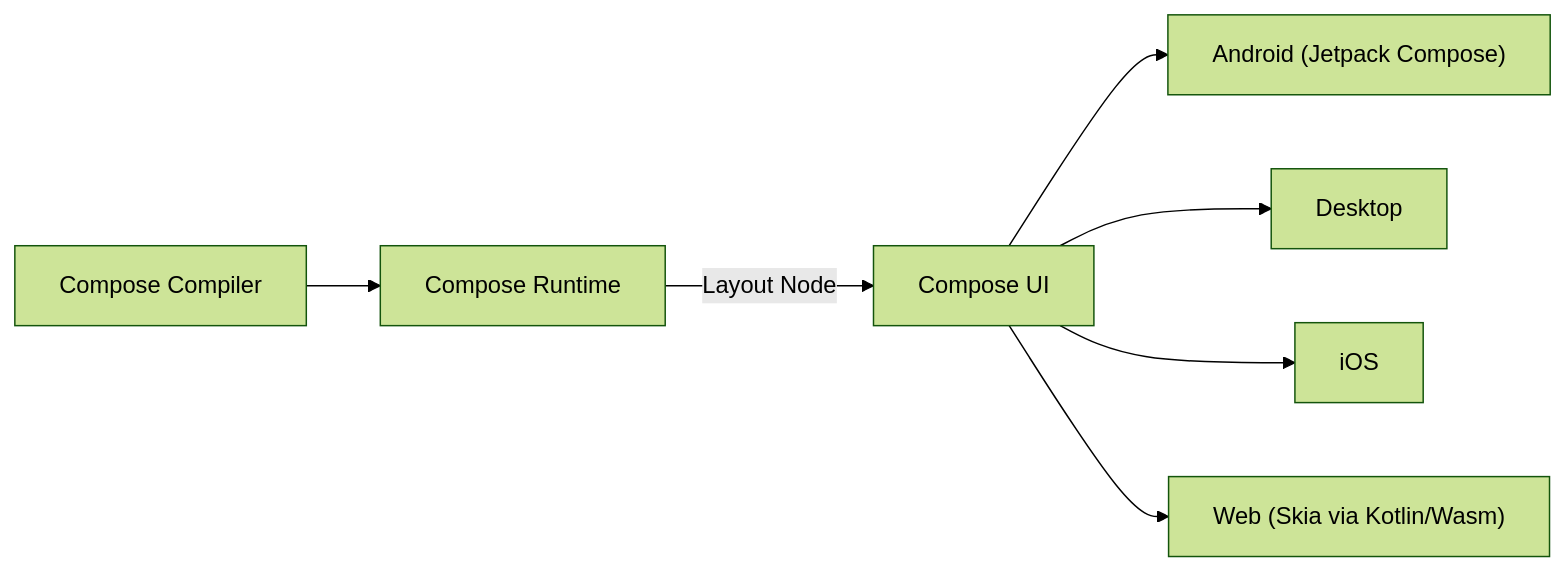
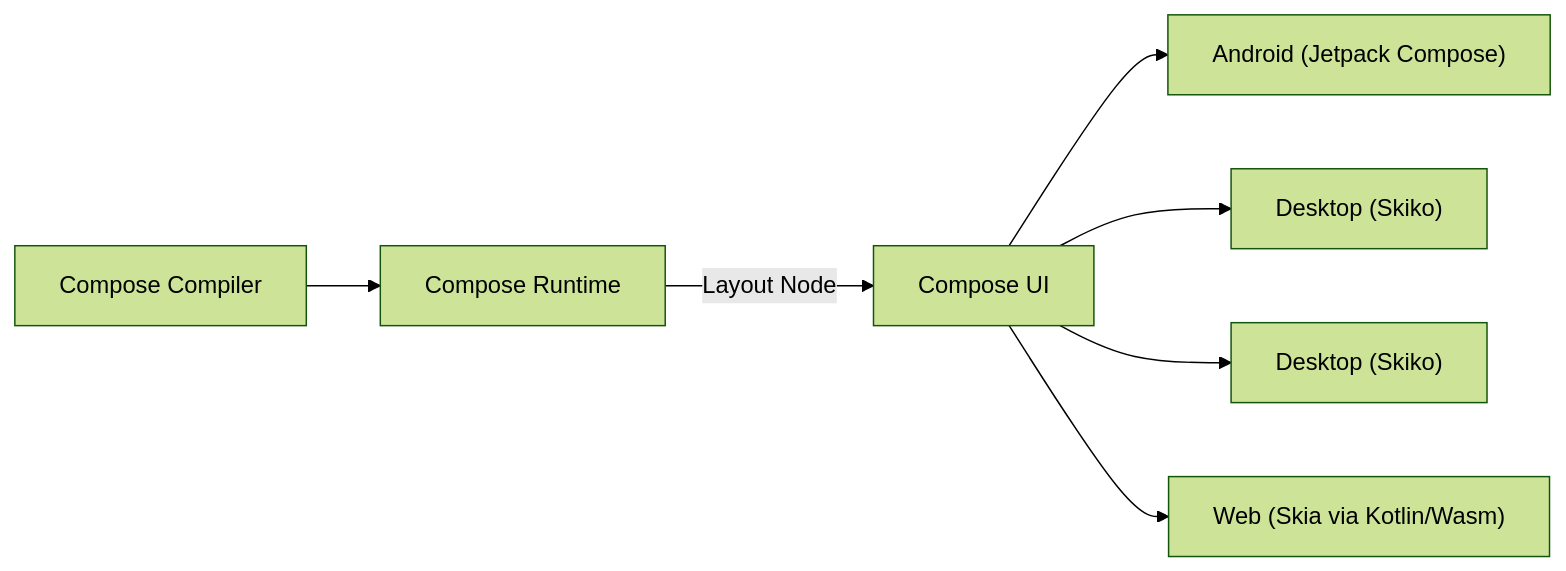
The second of 2 diagrams in docs/posts/feasibility-study-for-compose-for-harmony.md (Cdm2883/Blog), drawn with Mermaid (forest theme) before and after one commit. The commit also changed other lines of this file, not shown here.

````diff
--- a/docs/posts/feasibility-study-for-compose-for-harmony.md
+++ b/docs/posts/feasibility-study-for-compose-for-harmony.md
@@ -68,11 +69,11 @@
 ```mermaid
 graph LR
     ComposeCompiler["Compose Compiler"]
     ComposeRuntime["Compose Runtime"]
     ComposeUI["Compose UI"]
     ComposeCompiler --> ComposeRuntime -- Layout Node --> ComposeUI
     ComposeUI --> Android["Android (Jetpack Compose)"]
-    ComposeUI --> Desktop
-    ComposeUI --> iOS
+    ComposeUI --> Desktop["Desktop (Skiko)"]
+    ComposeUI --> iOS["Desktop (Skiko)"]
     ComposeUI --> Web["Web (Skia via Kotlin/Wasm)"]
 ```
````
